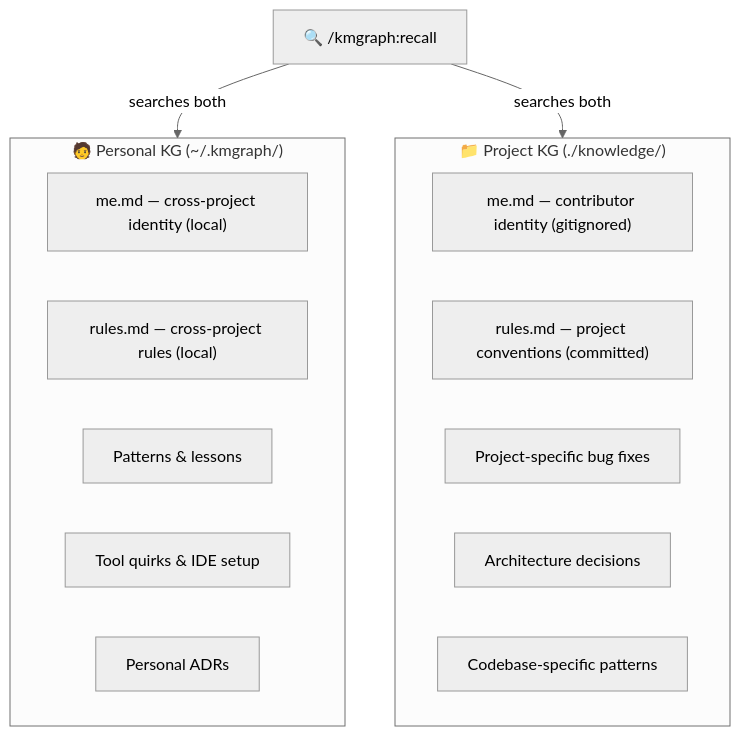
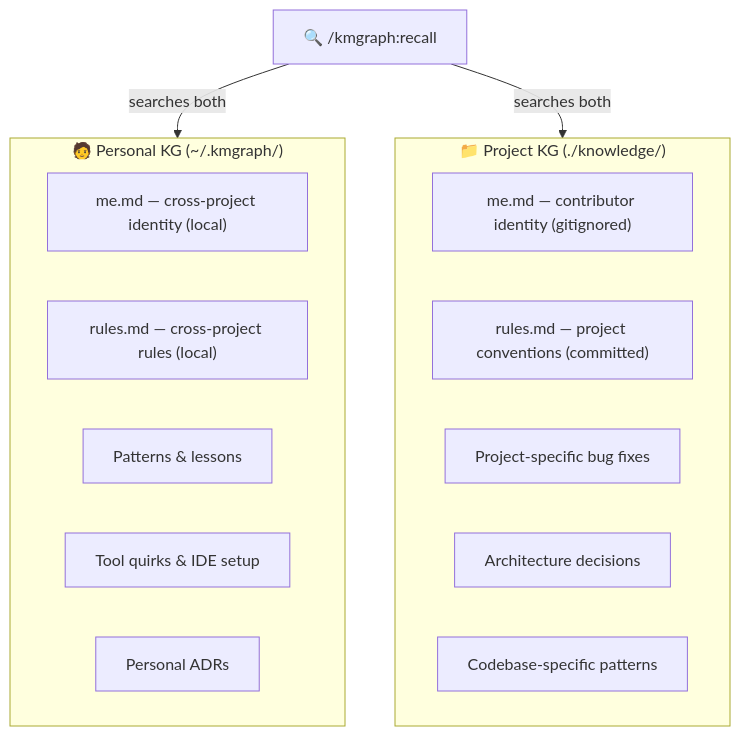
Before and after one commit to technomensch/knowledge-graph: the diagram in docs/pillars/organizing/personal-vs-project.md, drawn with Mermaid. The commit also changed other lines of this file and 30 other files, not shown here.

````diff
--- a/docs/pillars/organizing/personal-vs-project.md
+++ b/docs/pillars/organizing/personal-vs-project.md
@@ -72,26 +72,23 @@
 ```mermaid
-%%{init: {'theme': 'neutral'}}%%
 graph TB
     subgraph Personal ["🧑 Personal KG (~/.kmgraph/)"]
         PM["me.md — cross-project identity (local)"]
         PR["rules.md — cross-project rules (local)"]
         P1["Patterns & lessons"]
         P2["Tool quirks & IDE setup"]
         P3["Personal ADRs"]
     end
 
     subgraph Project ["📁 Project KG (./knowledge/)"]
         PJM["me.md — contributor identity (gitignored)"]
         PJR["rules.md — project conventions (committed)"]
         PJ1["Project-specific bug fixes"]
         PJ2["Architecture decisions"]
         PJ3["Codebase-specific patterns"]
     end
 
     Recall["🔍 /kmgraph:recall"]
     Recall -->|searches both| Personal
     Recall -->|searches both| Project
 
-    accTitle: Personal vs Project KG scopes
-    accDescr: Two KG scopes — Personal stored at ~/.kmgraph/ and Project stored in ./knowledge/. Each scope includes me.md for identity and rules.md for behavioral conventions. Recall searches both automatically.
 ```
````
